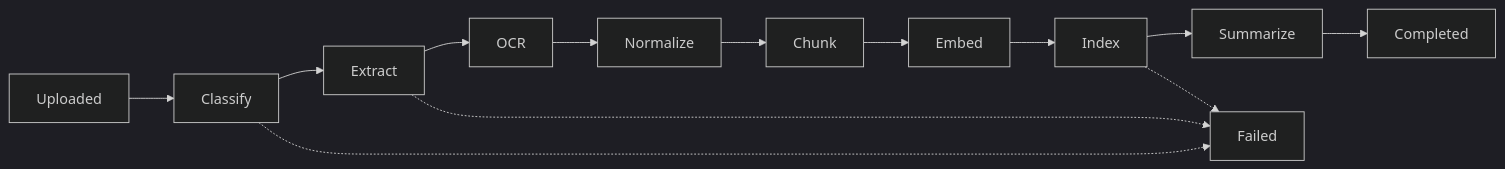
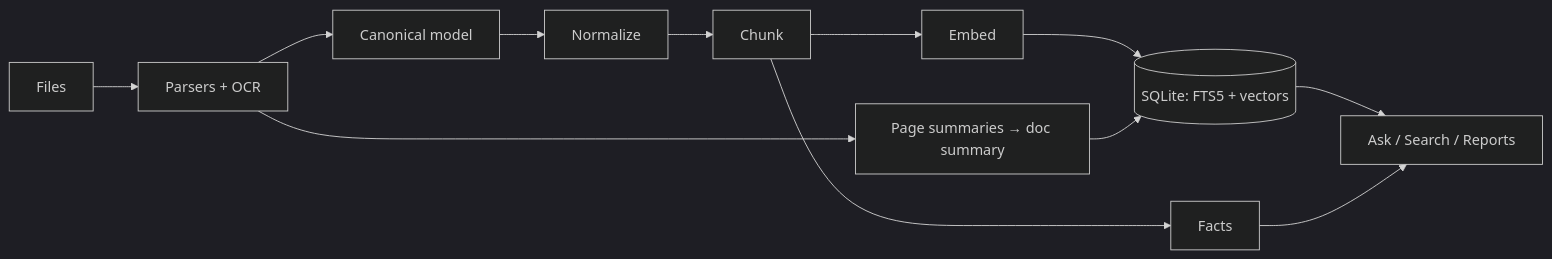
The third of 3 diagrams in docs/ARCHITECTURE.md (SpreadSheets600/CMPDI-Intelligence), drawn with Mermaid (dark theme) before and after one commit. The commit also changed other lines of this file and 10 other files, not shown here.

First line of the commit message:
docs: reorganize into study-friendly guides with architecture diagrams

````diff
--- a/docs/ARCHITECTURE.md
+++ b/docs/ARCHITECTURE.md
@@ -87,15 +114,14 @@
 ```mermaid
 flowchart LR
-    A[Uploaded] --> B[Classify]
-    B --> C[Extract]
-    C --> D[OCR]
-    D --> E[Normalize]
-    E --> F[Chunk]
-    F --> G[Embed]
-    G --> H[Index]
-    H --> S[Summarize]
-    S --> I[Completed]
-    B -.-> X[Failed]
-    C -.-> X
-    H -.-> X
+    F[Files] --> P[Parsers + OCR]
+    P --> C[Canonical model]
+    C --> N[Normalize]
+    N --> K[Chunk]
+    K --> E[Embed]
+    E --> I[(SQLite: FTS5 + vectors)]
+    K --> X[Facts]
+    P --> S[Page summaries → doc summary]
+    S --> I
+    I --> Q[Ask / Search / Reports]
+    X --> Q
 ```
````
